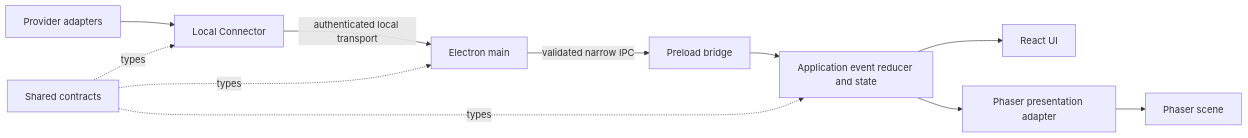
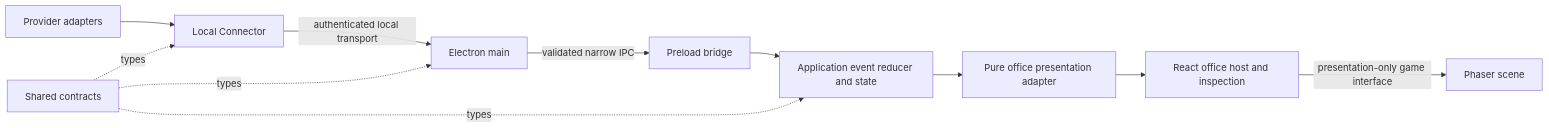
Before and after one commit to heyitsanuar/coffee-break: the diagram in docs/architecture/README.md, drawn with Mermaid. The commit also changed other lines of this file and 15 other files, not shown here.

````diff
--- a/docs/architecture/README.md
+++ b/docs/architecture/README.md
@@ -21,13 +21,13 @@
 ```mermaid
 flowchart LR
   Provider[Provider adapters] --> Connector[Local Connector]
   Connector -->|authenticated local transport| Main[Electron main]
   Main -->|validated narrow IPC| Preload[Preload bridge]
   Preload --> Store[Application event reducer and state]
   Contracts[Shared contracts] -. types .-> Connector
   Contracts -. types .-> Main
   Contracts -. types .-> Store
-  Store --> React[React UI]
-  Store --> ViewModel[Phaser presentation adapter]
-  ViewModel --> Phaser[Phaser scene]
+  Store --> ViewModel[Pure office presentation adapter]
+  ViewModel --> React[React office host and inspection]
+  React -->|presentation-only game interface| Phaser[Phaser scene]
 ```
````
